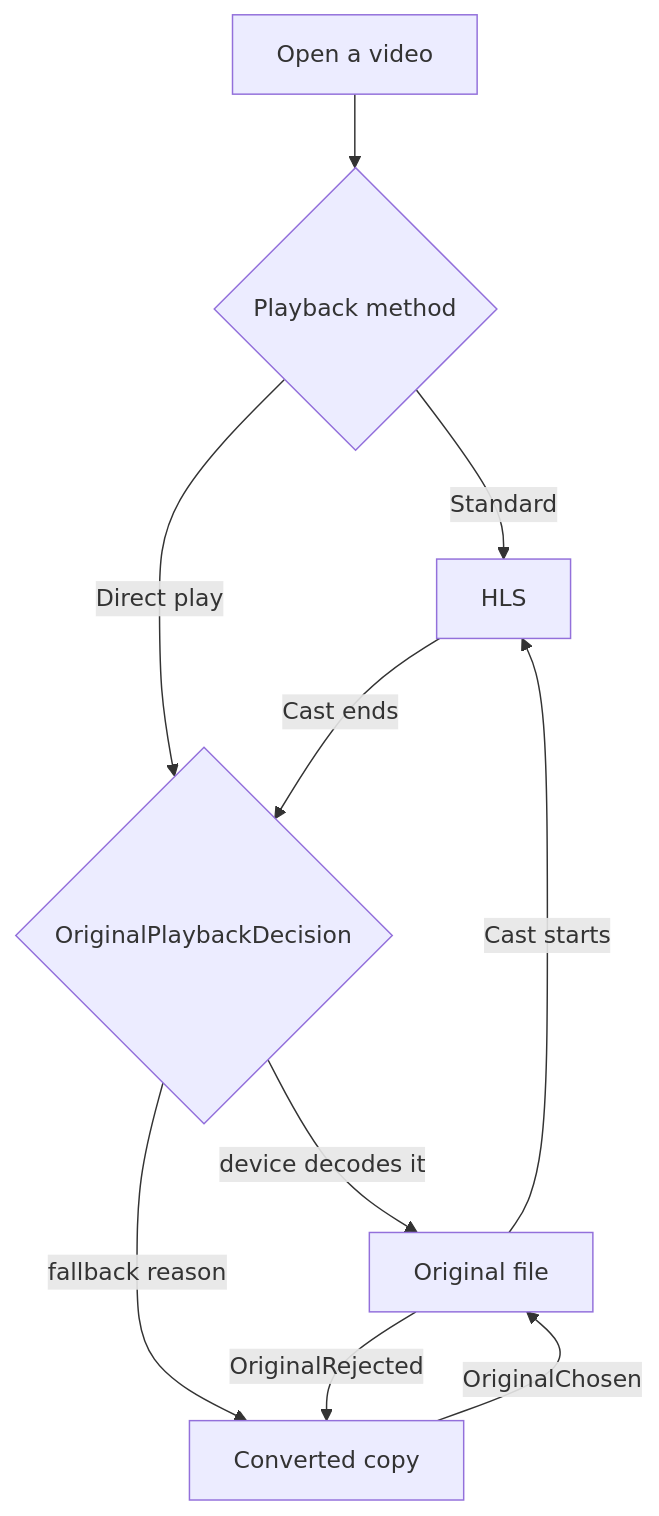
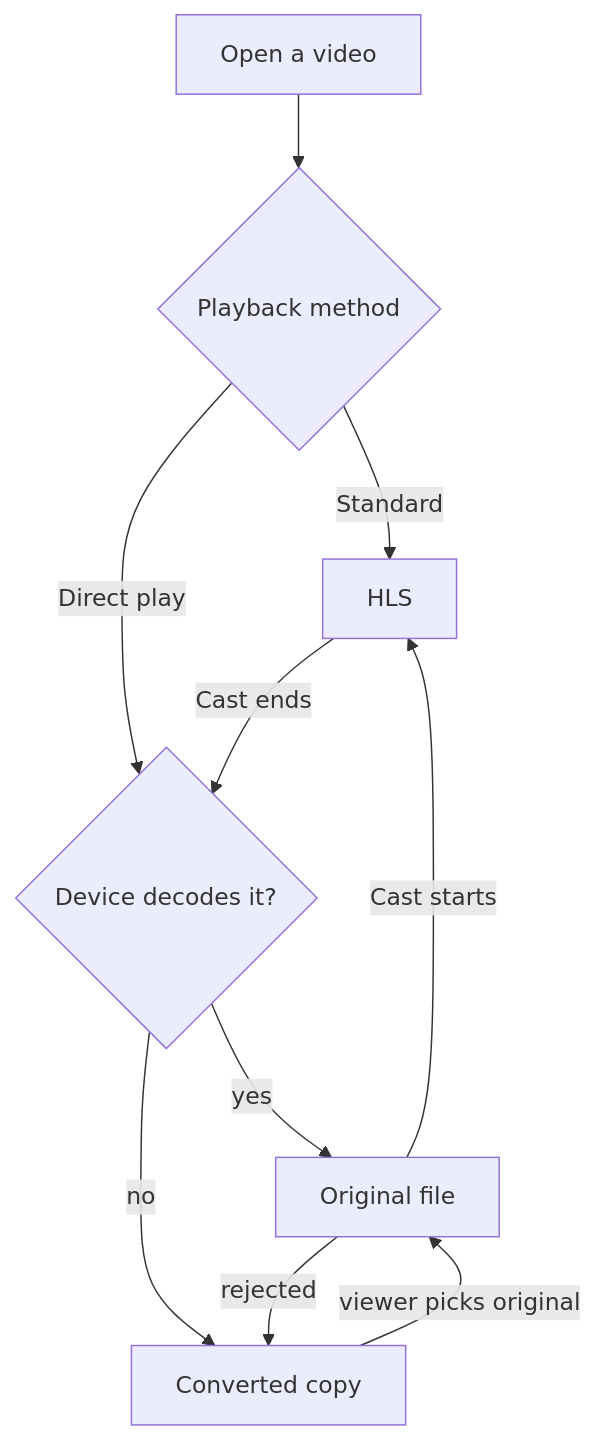
Before and after one commit to putdotio/putio-android: the fourth of 5 diagrams in docs/architecture.md, drawn with Mermaid. The commit also changed other lines of this file and 3 other files, not shown here.

````diff
--- a/docs/architecture.md
+++ b/docs/architecture.md
@@ -95,12 +95,12 @@
 ```mermaid
 flowchart TD
   open[Open a video] --> method{Playback method}
   method -- Standard --> hls[HLS]
-  method -- Direct play --> check{OriginalPlaybackDecision}
-  check -- device decodes it --> original[Original file]
-  check -- fallback reason --> converted[Converted copy]
-  original -- OriginalRejected --> converted
-  converted -- OriginalChosen --> original
+  method -- Direct play --> check{Device decodes it?}
+  check -- yes --> original[Original file]
+  check -- no --> converted[Converted copy]
+  original -- rejected --> converted
+  converted -- viewer picks original --> original
   original -- Cast starts --> hls
   hls -- Cast ends --> check
 ```
````
